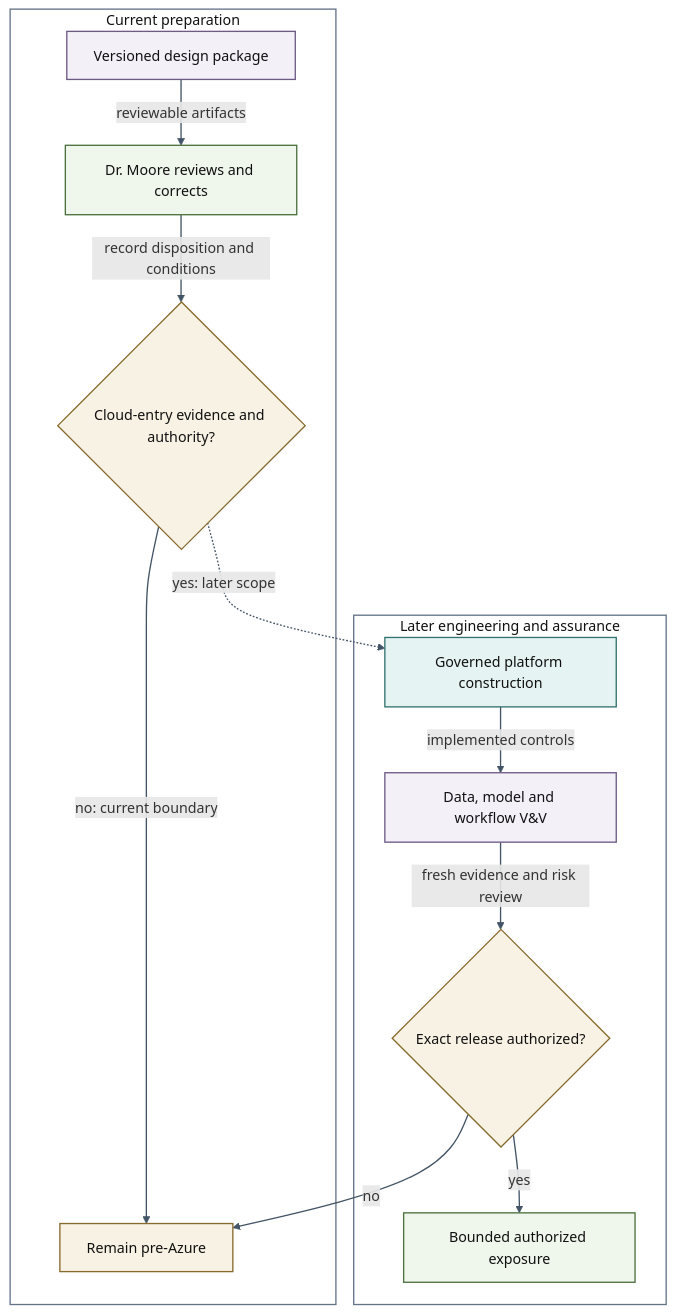
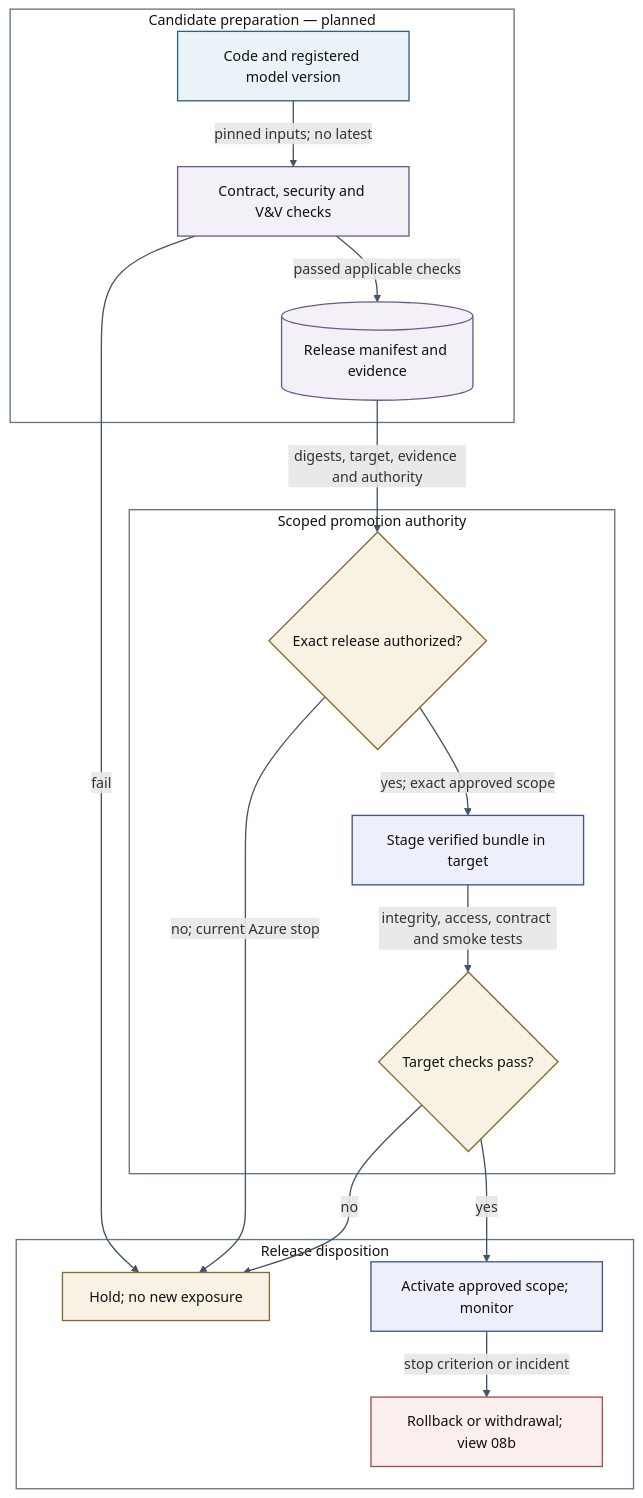
Before and after one commit to Douglas-Moore-Engineering/pulse-bearing-health: the tenth of 13 diagrams in docs/architecture/README.md, drawn with Mermaid. The commit also changed other lines of this file and 38 other files, not shown here.

Commit message:
Expand pre-Azure MLOps, release recovery and deployment architecture

````diff
--- a/docs/architecture/README.md
+++ b/docs/architecture/README.md
@@ -353,40 +526,45 @@
 ```mermaid
-%% Release and Promotion Gates | Proposed design, not deployed | PULSE v0.1
+%% Release and Promotion | Proposed design; unimplemented | Pulse architecture v0.2
 flowchart TD
-subgraph sg_design["Current preparation"]
- design["Versioned design package"]
- review["Dr. Moore reviews and corrects"]
- cloud{"Cloud-entry evidence and authority?"}
- hold["Remain pre-Azure"]
+subgraph sg_candidate["Candidate preparation — planned"]
+  source["Code and registered model version"]
+  ci["Contract, security and V&V checks"]
+  manifest[("Release manifest and evidence")]
 end
-subgraph sg_future["Later engineering and assurance"]
- platform["Governed platform construction"]
- vv["Data, model and workflow V&V"]
- release{"Exact release authorized?"}
- exposure["Bounded authorized exposure"]
+subgraph sg_gate["Scoped promotion authority"]
+  approve{"Exact release authorized?"}
+  stage["Stage verified bundle in target"]
+  check{"Target checks pass?"}
 end
-design -->|"reviewable artifacts"| review
-review -->|"record disposition and conditions"| cloud
-cloud -->|"no: current boundary"| hold
-cloud -.->|"yes: later scope"| platform
-platform -->|"implemented controls"| vv
-vv -->|"fresh evidence and risk review"| release
-release -->|"no"| hold
-release -->|"yes"| exposure
-class design evidence
-class review human
-class cloud,hold,release policy
-class platform data
-class vv evidence
-class exposure human
+subgraph sg_result["Release disposition"]
+  hold["Hold; no new exposure"]
+  run["Activate approved scope; monitor"]
+  incident["Rollback or withdrawal; view 08b"]
+end
+source -->|"pinned inputs; no latest"| ci
+ci -->|"passed applicable checks"| manifest
+ci -->|"fail"| hold
+manifest -->|"digests, target, evidence and authority"| approve
+approve -->|"no; current Azure stop"| hold
+approve -->|"yes; exact approved scope"| stage
+stage -->|"integrity, access, contract and smoke tests"| check
+check -->|"no"| hold
+check -->|"yes"| run
+run -->|"stop criterion or incident"| incident
+class source source
+class ci,manifest evidence
+class approve,check,hold policy
+class stage,run model
+class incident security
   classDef source fill:#EAF3F8,stroke:#356079,stroke-width:1.5px,color:#111111
   classDef data fill:#E5F4F2,stroke:#32746E,stroke-width:1.5px,color:#111111
   classDef model fill:#EDF0FA,stroke:#42558B,stroke-width:1.5px,color:#111111
   classDef policy fill:#F8F2E4,stroke:#876A2D,stroke-width:1.5px,color:#111111
   classDef human fill:#EFF6EB,stroke:#4C713E,stroke-width:1.5px,color:#111111
   classDef evidence fill:#F3F0F8,stroke:#6E5B85,stroke-width:1.5px,color:#111111
   classDef security fill:#FBEFED,stroke:#9B534C,stroke-width:1.5px,color:#111111
-  style sg_design fill:none,stroke:#657588,stroke-width:1.5px,color:#111111
-  style sg_future fill:none,stroke:#657588,stroke-width:1.5px,color:#111111
+  style sg_candidate fill:none,stroke:#657588,stroke-width:1.5px,color:#111111
+  style sg_gate fill:none,stroke:#657588,stroke-width:1.5px,color:#111111
+  style sg_result fill:none,stroke:#657588,stroke-width:1.5px,color:#111111
   linkStyle default stroke:#425466,stroke-width:1.5px
 ```
````
